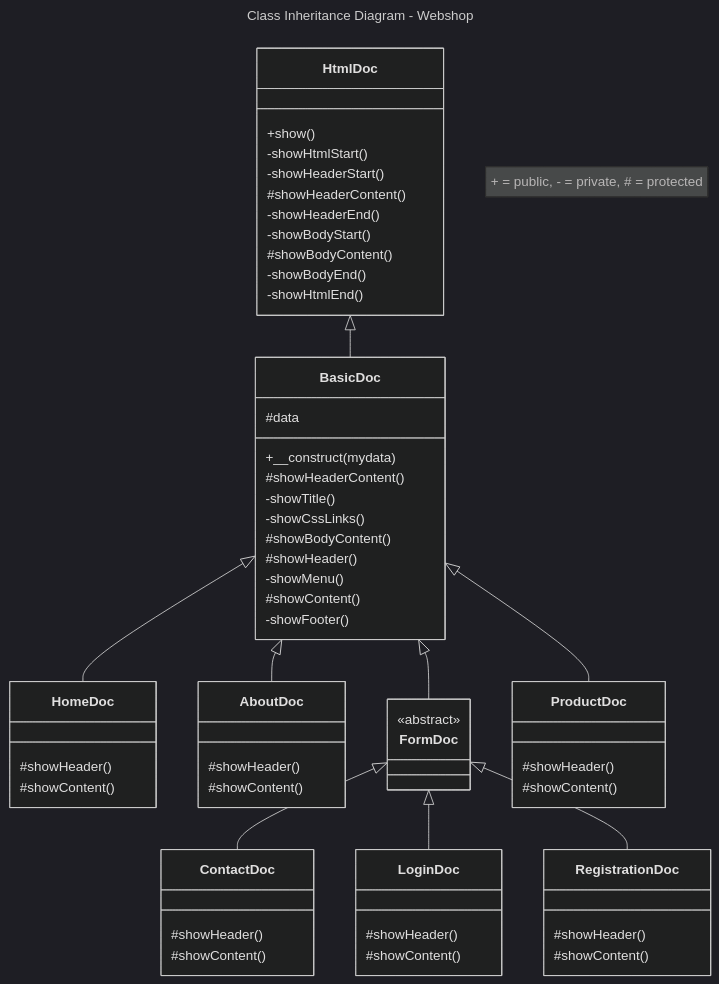
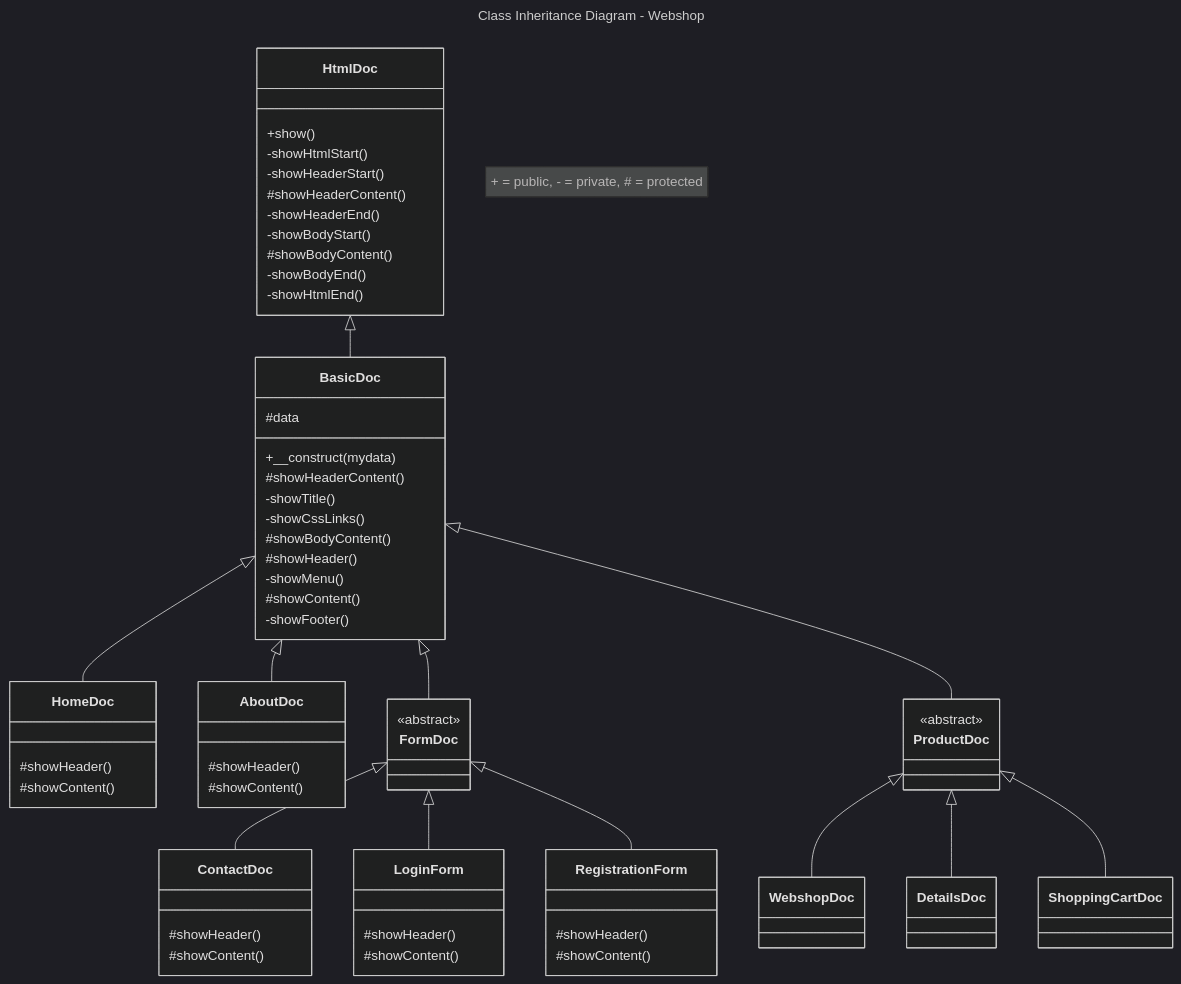
The diagram in Diagrams/class-inheritance-diagram-webshop.md (JeroenHeemskerk/educom-webshop-oop-1706014168), drawn with Mermaid (dark theme) before and after one commit. The commit also changed 12 other files, not shown here.

Commit message:
#4.1 Tested HtmlDoc and got it working, added extra classes, made additions to class-inheritance-diagram

````diff
--- a/Diagrams/class-inheritance-diagram-webshop.md
+++ b/Diagrams/class-inheritance-diagram-webshop.md
@@ -13,8 +13,12 @@
 	BasicDoc <|-- ProductDoc
 
     FormDoc <|-- ContactDoc
-    FormDoc <|-- LoginDoc
-	FormDoc <|-- RegistrationDoc
+    FormDoc <|-- LoginForm
+	FormDoc <|-- RegistrationForm
+	
+	ProductDoc <|-- WebshopDoc
+	ProductDoc <|-- DetailsDoc
+	ProductDoc <|-- ShoppingCartDoc
 
     class HtmlDoc{
        +show()
@@ -51,20 +55,31 @@
         <<abstract>>
     }
 	class ProductDoc{
-		#showHeader()
-		#showContent()
+		<<abstract>>
 	}
     class ContactDoc{
         #showHeader()
         #showContent()
     }
-    class LoginDoc{
+    class LoginForm{
         #showHeader()
         #showContent()
     }
-	class RegistrationDoc{
+	class RegistrationForm{
 		#showHeader()
 		#showContent()
 	}
+	class WebshopDoc{
+		
+	
+	}
+	class DetailsDoc{
+	
+	
+	}
+	class ShoppingCartDoc{
+	
+	
+	}
 
 ```
````
